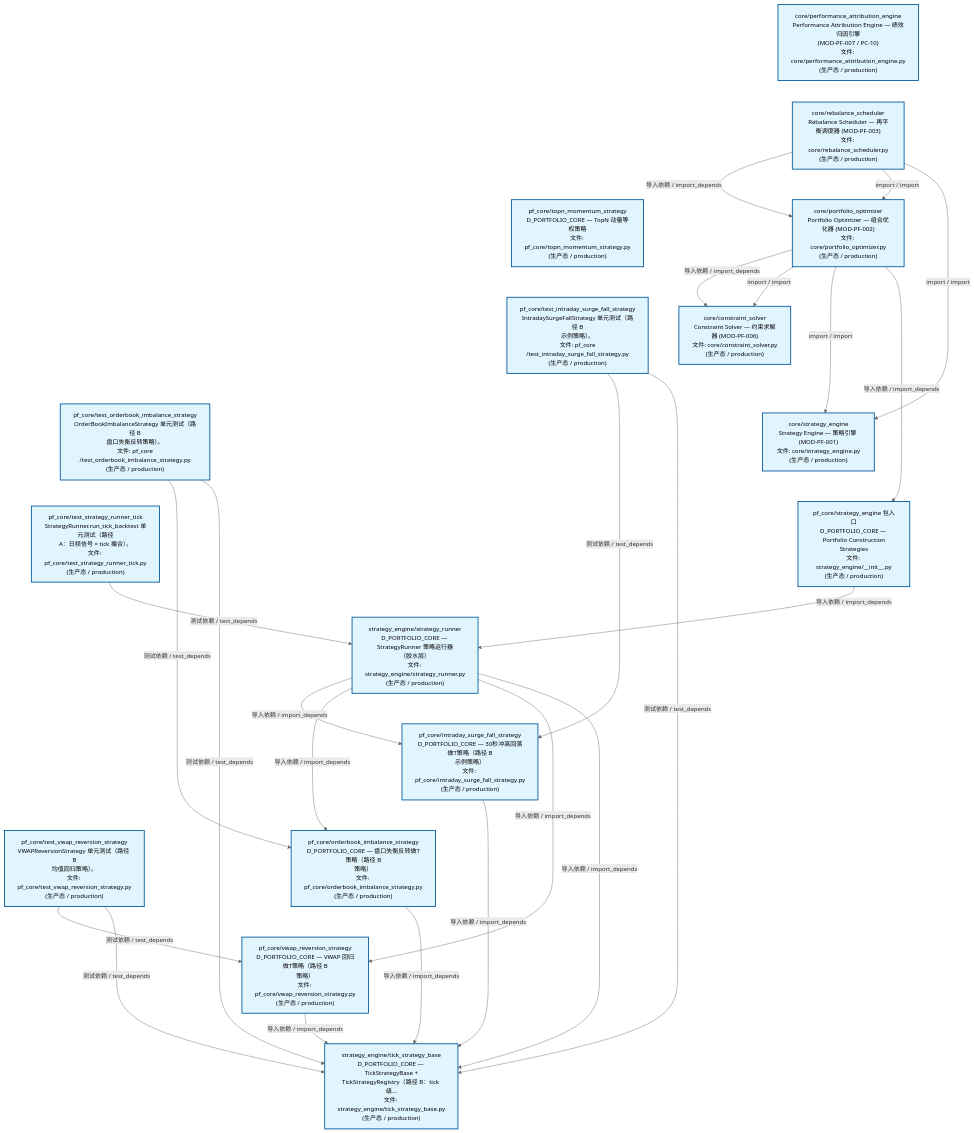
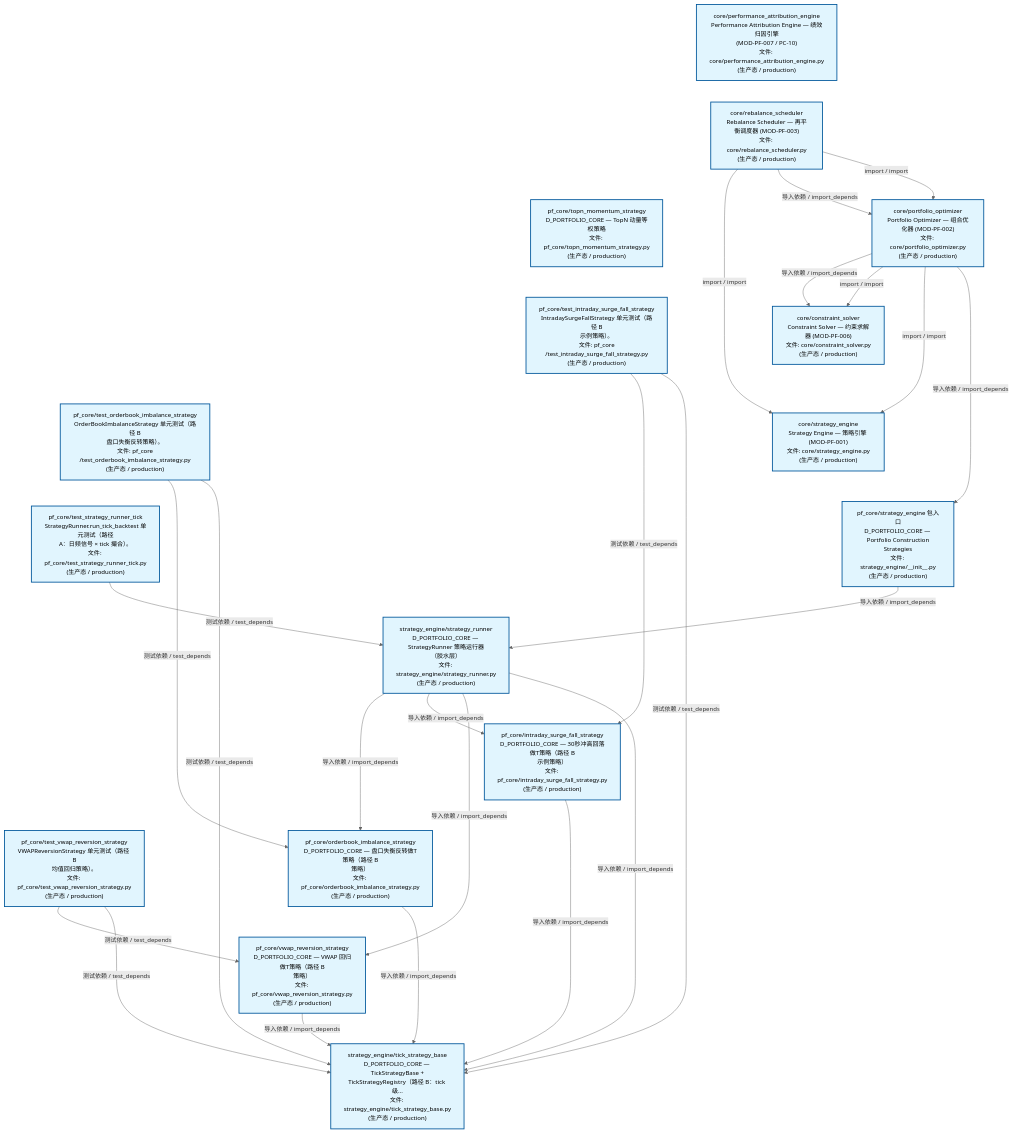
The second of 3 diagrams in docs/02_enterprise_architecture/02_domain_architecture_docs/63_d_pf_core.md (xuanFelixVan/ZephyrAlpha), drawn with Mermaid before and after one commit. The commit also changed other lines of this file and 55 other files, not shown here.

````diff
--- a/docs/02_enterprise_architecture/02_domain_architecture_docs/63_d_pf_core.md
+++ b/docs/02_enterprise_architecture/02_domain_architecture_docs/63_d_pf_core.md
@@ -138,57 +139,57 @@
 ```mermaid
 %%{init: {'theme': 'base', 'themeVariables': {'primaryColor': '#eaeaea', 'primaryTextColor': '#333333', 'primaryBorderColor': '#666666', 'lineColor': '#666666', 'secondaryColor': '#eaeaea', 'tertiaryColor': '#eaeaea', 'fontSize': '14px'}}}%%
 flowchart TD
     src_zephyr_pf_core_core_performance_attribution_engine_py["core/performance_attribution_engine<br/>Performance Attribution Engine — 绩效归因引擎<br/>(MOD-PF-007 / PC-10)<br/>文件: core/performance_attribution_engine.py<br/>(生产态 / production)"]
     src_zephyr_pf_core_core_rebalance_scheduler_py["core/rebalance_scheduler<br/>Rebalance Scheduler — 再平衡调度器 (MOD-PF-003)<br/>文件: core/rebalance_scheduler.py<br/>(生产态 / production)"]
     src_zephyr_pf_core_topn_momentum_strategy_py["pf_core/topn_momentum_strategy<br/>D_PORTFOLIO_CORE — TopN 动量等权策略<br/>文件: pf_core/topn_momentum_strategy.py<br/>(生产态 / production)"]
     tests_pf_core_test_intraday_surge_fall_strategy_py["pf_core/test_intraday_surge_fall_strategy<br/>IntradaySurgeFallStrategy 单元测试（路径 B<br/>示例策略）。<br/>文件: pf_core<br/>/test_intraday_surge_fall_strategy.py<br/>(生产态 / production)"]
     tests_pf_core_test_orderbook_imbalance_strategy_py["pf_core/test_orderbook_imbalance_strategy<br/>OrderBookImbalanceStrategy 单元测试（路径 B<br/>盘口失衡反转策略）。<br/>文件: pf_core<br/>/test_orderbook_imbalance_strategy.py<br/>(生产态 / production)"]
     tests_pf_core_test_strategy_runner_tick_py["pf_core/test_strategy_runner_tick<br/>StrategyRunner.run_tick_backtest 单元测试（路径<br/>A：日频信号 × tick 撮合）。<br/>文件: pf_core/test_strategy_runner_tick.py<br/>(生产态 / production)"]
     tests_pf_core_test_vwap_reversion_strategy_py["pf_core/test_vwap_reversion_strategy<br/>VWAPReversionStrategy 单元测试（路径 B<br/>均值回归策略）。<br/>文件: pf_core/test_vwap_reversion_strategy.py<br/>(生产态 / production)"]
     src_zephyr_pf_core_core_performance_attribution_engine_py ~~~ src_zephyr_pf_core_core_rebalance_scheduler_py
     src_zephyr_pf_core_core_rebalance_scheduler_py ~~~ src_zephyr_pf_core_topn_momentum_strategy_py
     src_zephyr_pf_core_topn_momentum_strategy_py ~~~ tests_pf_core_test_intraday_surge_fall_strategy_py
     tests_pf_core_test_intraday_surge_fall_strategy_py ~~~ tests_pf_core_test_orderbook_imbalance_strategy_py
     tests_pf_core_test_orderbook_imbalance_strategy_py ~~~ tests_pf_core_test_strategy_runner_tick_py
     tests_pf_core_test_strategy_runner_tick_py ~~~ tests_pf_core_test_vwap_reversion_strategy_py
     src_zephyr_pf_core_core_portfolio_optimizer_py["core/portfolio_optimizer<br/>Portfolio Optimizer — 组合优化器 (MOD-PF-002)<br/>文件: core/portfolio_optimizer.py<br/>(生产态 / production)"]
     src_zephyr_pf_core_core_constraint_solver_py["core/constraint_solver<br/>Constraint Solver — 约束求解器 (MOD-PF-006)<br/>文件: core/constraint_solver.py<br/>(生产态 / production)"]
     src_zephyr_pf_core_core_strategy_engine_py["core/strategy_engine<br/>Strategy Engine — 策略引擎 (MOD-PF-001)<br/>文件: core/strategy_engine.py<br/>(生产态 / production)"]
     src_zephyr_pf_core_strategy_engine_init_py["pf_core/strategy_engine 包入口<br/>D_PORTFOLIO_CORE — Portfolio Construction<br/>Strategies<br/>文件: strategy_engine/__init__.py<br/>(生产态 / production)"]
     src_zephyr_pf_core_core_constraint_solver_py ~~~ src_zephyr_pf_core_core_strategy_engine_py
     src_zephyr_pf_core_core_strategy_engine_py ~~~ src_zephyr_pf_core_strategy_engine_init_py
     src_zephyr_pf_core_strategy_engine_strategy_runner_py["strategy_engine/strategy_runner<br/>D_PORTFOLIO_CORE — StrategyRunner 策略运行器<br/>（胶水层）<br/>文件: strategy_engine/strategy_runner.py<br/>(生产态 / production)"]
     src_zephyr_pf_core_intraday_surge_fall_strategy_py["pf_core/intraday_surge_fall_strategy<br/>D_PORTFOLIO_CORE — 30秒冲高回落做T策略（路径 B<br/>示例策略）<br/>文件: pf_core/intraday_surge_fall_strategy.py<br/>(生产态 / production)"]
     src_zephyr_pf_core_orderbook_imbalance_strategy_py["pf_core/orderbook_imbalance_strategy<br/>D_PORTFOLIO_CORE — 盘口失衡反转做T策略（路径 B<br/>策略）<br/>文件: pf_core/orderbook_imbalance_strategy.py<br/>(生产态 / production)"]
     src_zephyr_pf_core_vwap_reversion_strategy_py["pf_core/vwap_reversion_strategy<br/>D_PORTFOLIO_CORE — VWAP 回归做T策略（路径 B<br/>策略）<br/>文件: pf_core/vwap_reversion_strategy.py<br/>(生产态 / production)"]
     src_zephyr_pf_core_intraday_surge_fall_strategy_py ~~~ src_zephyr_pf_core_orderbook_imbalance_strategy_py
     src_zephyr_pf_core_orderbook_imbalance_strategy_py ~~~ src_zephyr_pf_core_vwap_reversion_strategy_py
     src_zephyr_pf_core_strategy_engine_tick_strategy_base_py["strategy_engine/tick_strategy_base<br/>D_PORTFOLIO_CORE — TickStrategyBase +<br/>TickStrategyRegistry（路径 B：tick 级...<br/>文件: strategy_engine/tick_strategy_base.py<br/>(生产态 / production)"]
+    src_zephyr_pf_core_orderbook_imbalance_strategy_py -->|导入依赖 / import_depends| src_zephyr_pf_core_strategy_engine_tick_strategy_base_py
     src_zephyr_pf_core_intraday_surge_fall_strategy_py -->|导入依赖 / import_depends| src_zephyr_pf_core_strategy_engine_tick_strategy_base_py
-    src_zephyr_pf_core_orderbook_imbalance_strategy_py -->|导入依赖 / import_depends| src_zephyr_pf_core_strategy_engine_tick_strategy_base_py
     src_zephyr_pf_core_vwap_reversion_strategy_py -->|导入依赖 / import_depends| src_zephyr_pf_core_strategy_engine_tick_strategy_base_py
+    src_zephyr_pf_core_core_rebalance_scheduler_py -->|import / import| src_zephyr_pf_core_core_strategy_engine_py
+    src_zephyr_pf_core_core_rebalance_scheduler_py -->|导入依赖 / import_depends| src_zephyr_pf_core_core_portfolio_optimizer_py
+    src_zephyr_pf_core_core_rebalance_scheduler_py -->|import / import| src_zephyr_pf_core_core_portfolio_optimizer_py
     src_zephyr_pf_core_core_portfolio_optimizer_py -->|导入依赖 / import_depends| src_zephyr_pf_core_core_constraint_solver_py
     src_zephyr_pf_core_core_portfolio_optimizer_py -->|import / import| src_zephyr_pf_core_core_constraint_solver_py
     src_zephyr_pf_core_core_portfolio_optimizer_py -->|import / import| src_zephyr_pf_core_core_strategy_engine_py
     src_zephyr_pf_core_core_portfolio_optimizer_py -->|导入依赖 / import_depends| src_zephyr_pf_core_strategy_engine_init_py
-    src_zephyr_pf_core_core_rebalance_scheduler_py -->|导入依赖 / import_depends| src_zephyr_pf_core_core_portfolio_optimizer_py
-    src_zephyr_pf_core_core_rebalance_scheduler_py -->|import / import| src_zephyr_pf_core_core_portfolio_optimizer_py
-    src_zephyr_pf_core_core_rebalance_scheduler_py -->|import / import| src_zephyr_pf_core_core_strategy_engine_py
     src_zephyr_pf_core_strategy_engine_init_py -->|导入依赖 / import_depends| src_zephyr_pf_core_strategy_engine_strategy_runner_py
+    src_zephyr_pf_core_strategy_engine_strategy_runner_py -->|导入依赖 / import_depends| src_zephyr_pf_core_orderbook_imbalance_strategy_py
     src_zephyr_pf_core_strategy_engine_strategy_runner_py -->|导入依赖 / import_depends| src_zephyr_pf_core_intraday_surge_fall_strategy_py
-    src_zephyr_pf_core_strategy_engine_strategy_runner_py -->|导入依赖 / import_depends| src_zephyr_pf_core_orderbook_imbalance_strategy_py
     src_zephyr_pf_core_strategy_engine_strategy_runner_py -->|导入依赖 / import_depends| src_zephyr_pf_core_vwap_reversion_strategy_py
     src_zephyr_pf_core_strategy_engine_strategy_runner_py -->|导入依赖 / import_depends| src_zephyr_pf_core_strategy_engine_tick_strategy_base_py
+    tests_pf_core_test_orderbook_imbalance_strategy_py -->|测试依赖 / test_depends| src_zephyr_pf_core_orderbook_imbalance_strategy_py
+    tests_pf_core_test_orderbook_imbalance_strategy_py -->|测试依赖 / test_depends| src_zephyr_pf_core_strategy_engine_tick_strategy_base_py
     tests_pf_core_test_intraday_surge_fall_strategy_py -->|测试依赖 / test_depends| src_zephyr_pf_core_intraday_surge_fall_strategy_py
     tests_pf_core_test_intraday_surge_fall_strategy_py -->|测试依赖 / test_depends| src_zephyr_pf_core_strategy_engine_tick_strategy_base_py
-    tests_pf_core_test_orderbook_imbalance_strategy_py -->|测试依赖 / test_depends| src_zephyr_pf_core_orderbook_imbalance_strategy_py
-    tests_pf_core_test_orderbook_imbalance_strategy_py -->|测试依赖 / test_depends| src_zephyr_pf_core_strategy_engine_tick_strategy_base_py
     tests_pf_core_test_vwap_reversion_strategy_py -->|测试依赖 / test_depends| src_zephyr_pf_core_vwap_reversion_strategy_py
     tests_pf_core_test_vwap_reversion_strategy_py -->|测试依赖 / test_depends| src_zephyr_pf_core_strategy_engine_tick_strategy_base_py
     tests_pf_core_test_strategy_runner_tick_py -->|测试依赖 / test_depends| src_zephyr_pf_core_strategy_engine_strategy_runner_py
     classDef production fill:#e1f5fe,stroke:#01579b,stroke-width:2px,color:#000
     classDef design fill:#fff3e0,stroke:#e65100,stroke-width:2px,color:#000,stroke-dasharray: 5 5
     classDef external_prod fill:#e8f4fd,stroke:#0277bd,stroke-width:1px,color:#000
     classDef external_design fill:#fff8e7,stroke:#ef6c00,stroke-width:1px,color:#000,stroke-dasharray: 5 5
     class src_zephyr_pf_core_core_constraint_solver_py,src_zephyr_pf_core_core_performance_attribution_engine_py,src_zephyr_pf_core_core_portfolio_optimizer_py,src_zephyr_pf_core_core_rebalance_scheduler_py,src_zephyr_pf_core_core_strategy_engine_py,src_zephyr_pf_core_intraday_surge_fall_strategy_py,src_zephyr_pf_core_orderbook_imbalance_strategy_py,src_zephyr_pf_core_strategy_engine_init_py,src_zephyr_pf_core_strategy_engine_strategy_runner_py,src_zephyr_pf_core_strategy_engine_tick_strategy_base_py,src_zephyr_pf_core_topn_momentum_strategy_py,src_zephyr_pf_core_vwap_reversion_strategy_py,tests_pf_core_test_intraday_surge_fall_strategy_py,tests_pf_core_test_orderbook_imbalance_strategy_py,tests_pf_core_test_strategy_runner_tick_py,tests_pf_core_test_vwap_reversion_strategy_py production
 ```
````
